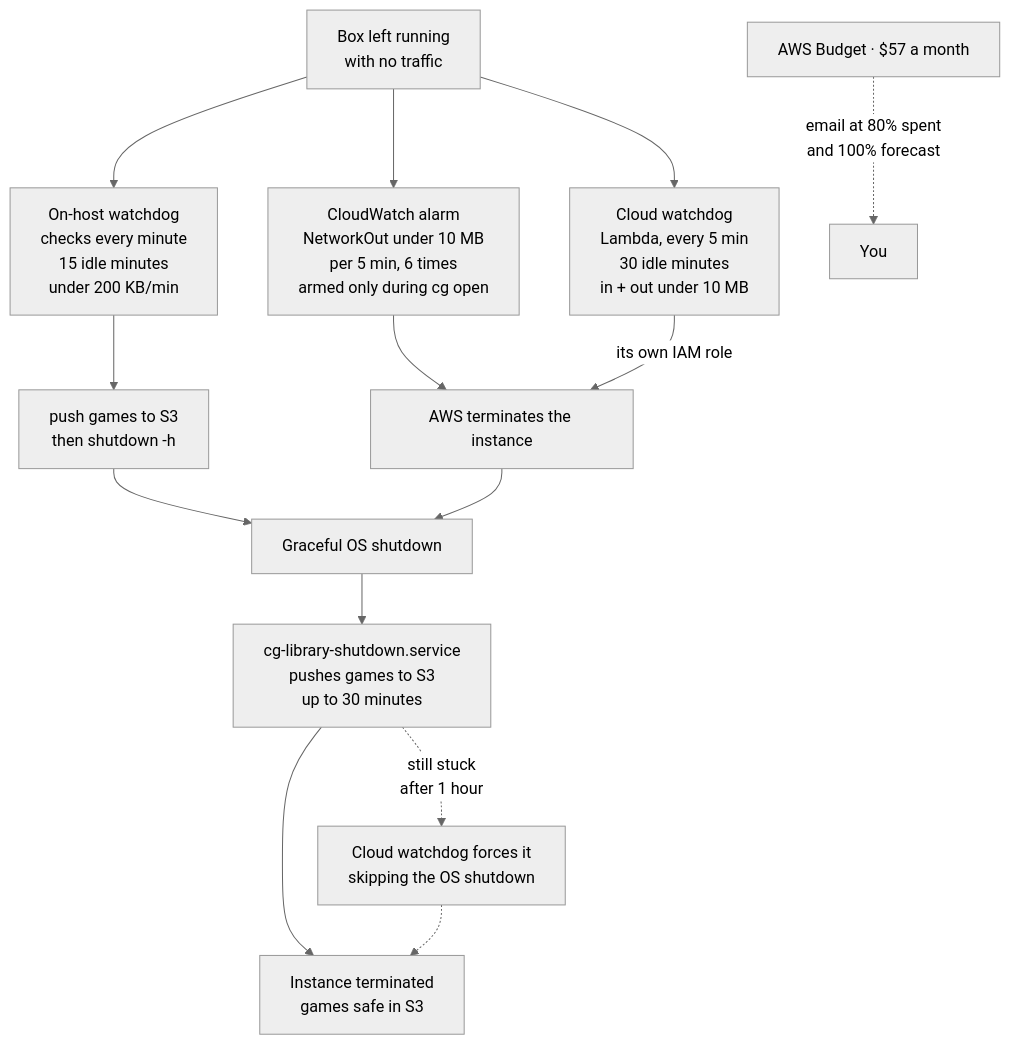
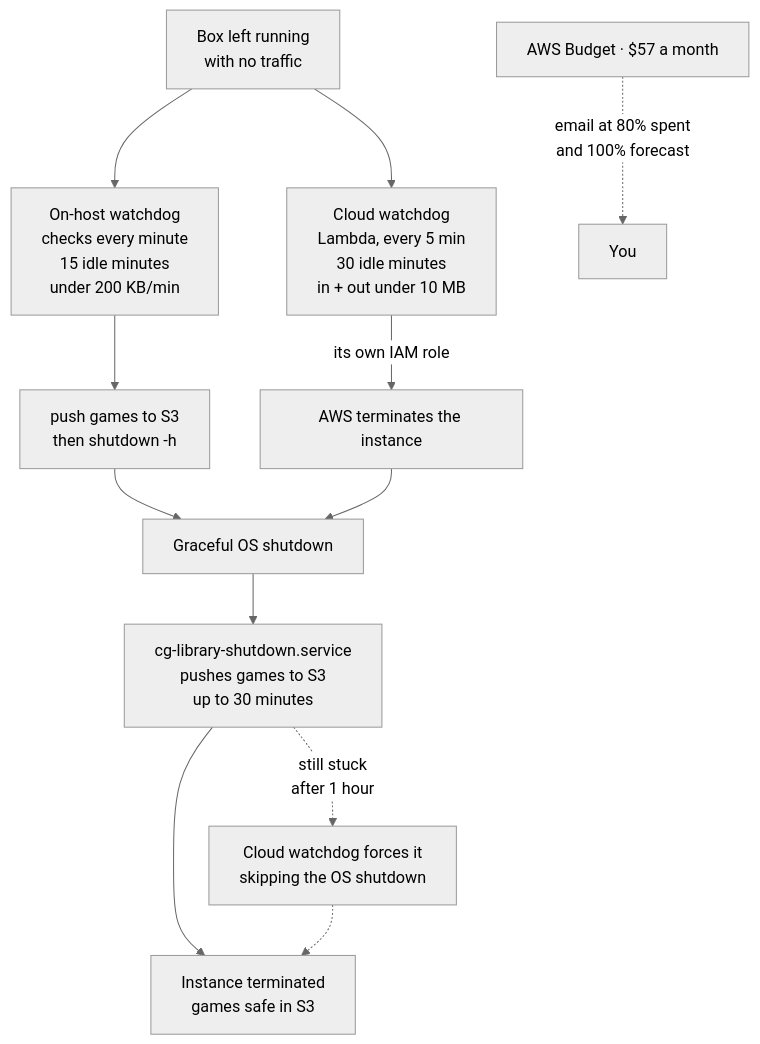
Before and after one commit to jebin2/aws_cloud_gaming: the seventh of 7 diagrams in docs/architecture.md, drawn with Mermaid (neutral theme). The commit also changed other lines of this file and 27 other files, not shown here.

First line of the commit message:
Remove the CloudWatch idle alarm; the cloud watchdog covers it

````diff
--- a/docs/architecture.md
+++ b/docs/architecture.md
@@ -181,21 +175,19 @@
 ```mermaid
 flowchart TB
   idle["Box left running<br/>with no traffic"]
 
   idle --> g2["On-host watchdog<br/>checks every minute<br/>15 idle minutes<br/>under 200 KB/min"]
-  idle --> g3["CloudWatch alarm<br/>NetworkOut under 10 MB<br/>per 5 min, 6 times<br/>armed only during cg open"]
   idle --> g4["Cloud watchdog<br/>Lambda, every 5 min<br/>30 idle minutes<br/>in + out under 10 MB"]
 
   g2 --> p2["push games to S3<br/>then shutdown -h"]
-  g3 --> api["AWS terminates the instance"]
-  g4 -->|"its own IAM role"| api
+  g4 -->|"its own IAM role"| api["AWS terminates the instance"]
 
   p2 --> os["Graceful OS shutdown"]
   api --> os
   os --> push["cg-library-shutdown.service<br/>pushes games to S3<br/>up to 30 minutes"]
   push --> gone["Instance terminated<br/>games safe in S3"]
   push -.->|"still stuck<br/>after 1 hour"| force["Cloud watchdog forces it<br/>skipping the OS shutdown"]
   force -.-> gone
 
   bud["AWS Budget · $57 a month"] -.->|"email at 80% spent<br/>and 100% forecast"| you["You"]
 ```
````
